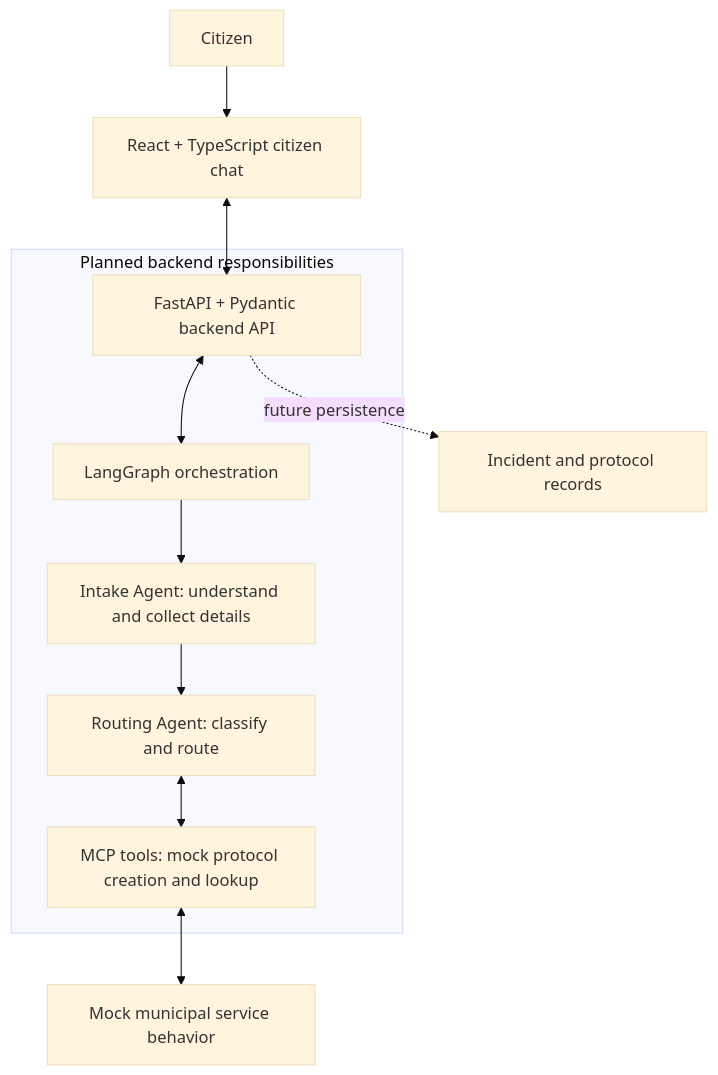
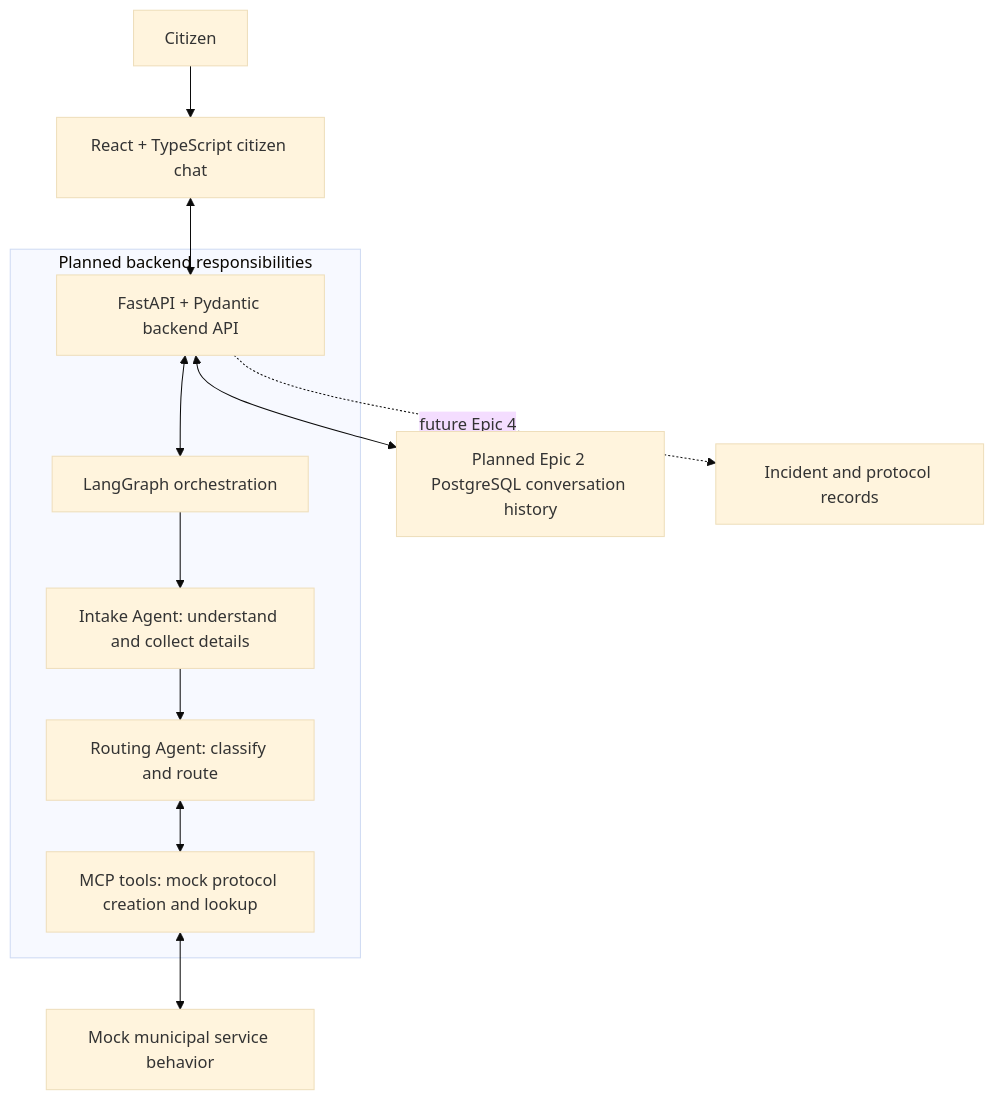
One commit to Alexandre076/civicFlow changed the diagram in docs/architecture.md. Above: the diagram before and after it, drawn with Mermaid (base theme). The commit also changed other lines of this file and 4 other files, not shown here.

````diff
--- a/docs/architecture.md
+++ b/docs/architecture.md
@@ -46,13 +48,14 @@
 ```mermaid
 flowchart TD
     Citizen[Citizen] --> Chat[React + TypeScript citizen chat]
     Chat <--> API[FastAPI + Pydantic backend API]
     subgraph Backend[Planned backend responsibilities]
         API <--> Graph[LangGraph orchestration]
         Graph --> Intake[Intake Agent: understand and collect details]
         Intake --> Routing[Routing Agent: classify and route]
         Routing <--> Tools[MCP tools: mock protocol creation and lookup]
     end
     Tools <--> Mock[Mock municipal service behavior]
-    API -. future persistence .-> Storage[Incident and protocol records]
+    API <--> History[Planned Epic 2 PostgreSQL conversation history]
+    API -. future Epic 4 .-> Storage[Incident and protocol records]
 ```
````
